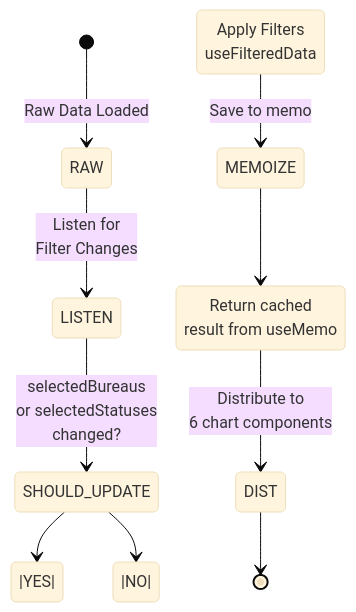
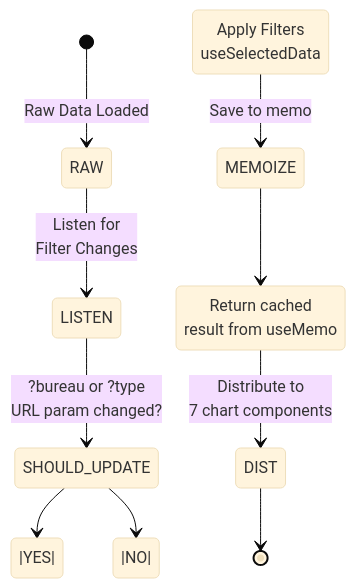
The tenth of 16 diagrams in ARCHITECTURE.md (RetroHazard/JP_Immigration_Dashboard), drawn with Mermaid (base theme) before and after one commit. The commit also changed other lines of this file and 1 other file, not shown here.

First line of the commit message:
Bring ARCHITECTURE.md and DEVELOPMENT.md up to date with the Civic Glass rebuild

````diff
--- a/ARCHITECTURE.md
+++ b/ARCHITECTURE.md
@@ -377,17 +404,17 @@
 ```mermaid
 stateDiagram-v2
     [*] --> RAW: Raw Data Loaded
-    
+
     RAW --> LISTEN: Listen for<br/>Filter Changes
-    
-    LISTEN --> SHOULD_UPDATE: selectedBureaus<br/>or selectedStatuses<br/>changed?
-    
-    SHOULD_UPDATE --> |YES| FILTER: Apply Filters<br/>useFilteredData
+
+    LISTEN --> SHOULD_UPDATE: ?bureau or ?type<br/>URL param changed?
+
+    SHOULD_UPDATE --> |YES| FILTER: Apply Filters<br/>useSelectedData
     SHOULD_UPDATE --> |NO| CACHE: Return cached<br/>result from useMemo
-    
+
     FILTER --> MEMOIZE: Save to memo
     MEMOIZE --> CACHE
-    
-    CACHE --> DIST: Distribute to<br/>6 chart components
+
+    CACHE --> DIST: Distribute to<br/>7 chart components
     DIST --> [*]
 ```
````
